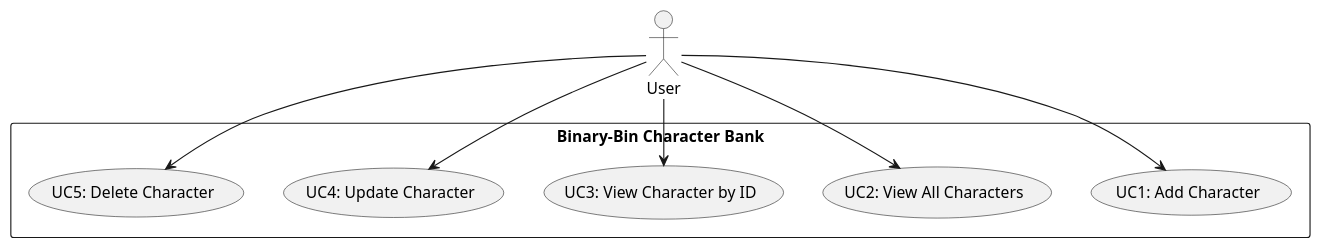
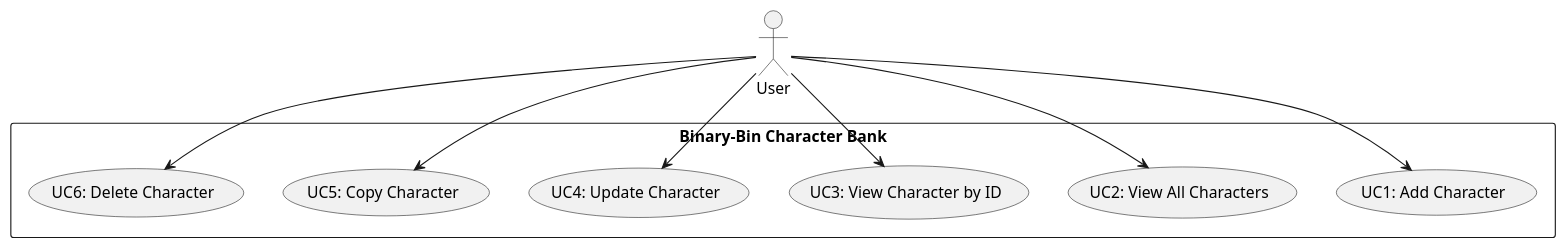
One commit to msu-denver/Binary-Bin-Character-Bank changed the diagram in uml/use-case.wsd. Above: the diagram before and after it, drawn with PlantUML. The commit also changed 3 other files, not shown here.

```diff
--- a/uml/use-case.wsd
+++ b/uml/use-case.wsd
@@ -1,19 +1,21 @@
 @startuml
 
 actor User
 
 rectangle "Binary-Bin Character Bank" {
     usecase "UC1: Add Character" as UC1
     usecase "UC2: View All Characters" as UC2
     usecase "UC3: View Character by ID" as UC3
     usecase "UC4: Update Character" as UC4
-    usecase "UC5: Delete Character" as UC5
+    usecase "UC5: Copy Character" as UC5
+    usecase "UC6: Delete Character" as UC6
 }
 
 User --> UC1
 User --> UC2
 User --> UC3
 User --> UC4
 User --> UC5
+User --> UC6
 
 @enduml
```
